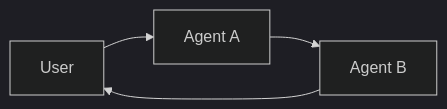
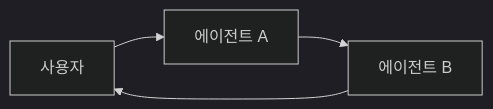
The second of 2 diagrams in src-ko/oss/langchain/multi-agent.mdx (jeongsk/langchain-docs), drawn with Mermaid (dark theme) before and after one commit. The commit also changed other lines of this file and 20 other files, not shown here.

````diff
--- a/src-ko/oss/langchain/multi-agent.mdx
+++ b/src-ko/oss/langchain/multi-agent.mdx
@@ -314,6 +312,6 @@
 ```mermaid
 graph LR
-    A[User] --> B[Agent A]
-    B --> C[Agent B]
+    A[사용자] --> B[에이전트 A]
+    B --> C[에이전트 B]
     C --> A
 ```
````
